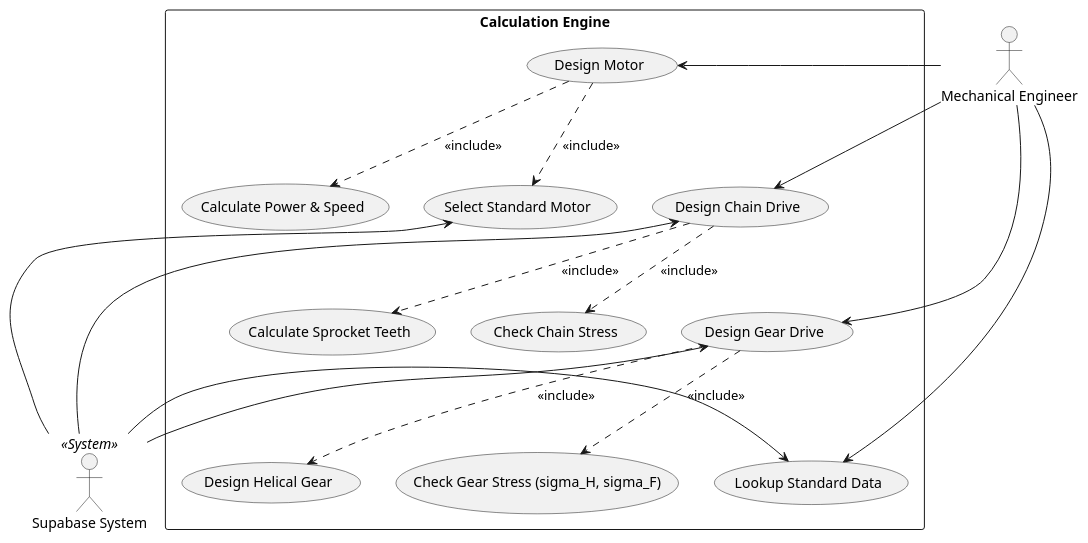
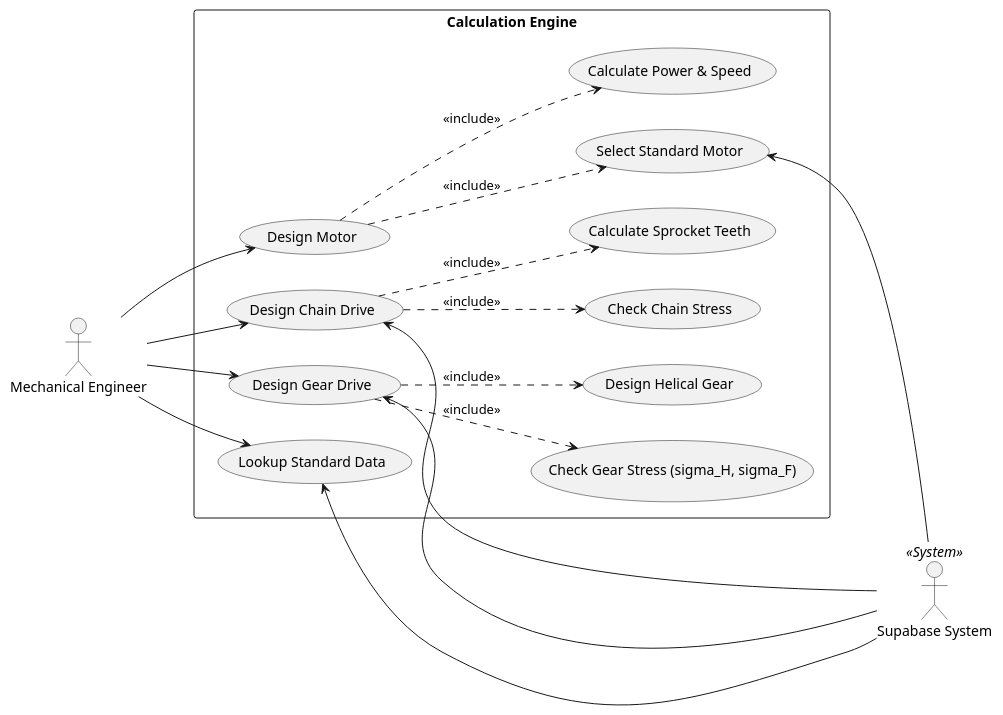
One commit to dvydinh/mechdrive changed the diagram in docs/uml/uc_calc.puml. Above: the diagram before and after it, drawn with PlantUML. The commit also changed 7 other files, not shown here.

```diff
--- a/docs/uml/uc_calc.puml
+++ b/docs/uml/uc_calc.puml
@@ -1,48 +1,43 @@
 @startuml
+left to right direction
 skinparam packageStyle rectangle
 
 actor "Mechanical Engineer" as eng
 actor "Supabase System" as db << System >>
 
-eng -[hidden]right-> db
-
 package "Calculation Engine" {
-  usecase "Design Motor" as UC1
+  together {
+    usecase "Design Motor" as UC1
+    usecase "Design Chain Drive" as UC2
+    usecase "Design Gear Drive" as UC3
+    usecase "Lookup Standard Data" as UC5
+  }
+  
   usecase "Calculate Power & Speed" as UC1_1
   usecase "Select Standard Motor" as UC1_2
-  
-  usecase "Design Chain Drive" as UC2
   usecase "Calculate Sprocket Teeth" as UC2_1
   usecase "Check Chain Stress" as UC2_2
-  
-  usecase "Design Gear Drive" as UC3
   usecase "Design Helical Gear" as UC3_2
   usecase "Check Gear Stress (sigma_H, sigma_F)" as UC3_3
-  
-  usecase "Lookup Standard Data" as UC5
 }
 
-UC1 -[hidden]down-> UC2
-UC2 -[hidden]down-> UC3
-UC3 -[hidden]down-> UC5
+eng --> UC1
+UC1 ..> UC1_1 : <<include>>
+UC1 ..> UC1_2 : <<include>>
 
-eng -right-> UC1
-UC1 .down.> UC1_1 : <<include>>
-UC1 .down.> UC1_2 : <<include>>
+eng --> UC2
+UC2 ..> UC2_1 : <<include>>
+UC2 ..> UC2_2 : <<include>>
 
-eng -right-> UC2
-UC2 .down.> UC2_1 : <<include>>
-UC2 .down.> UC2_2 : <<include>>
+eng --> UC3
+UC3 ..> UC3_2 : <<include>>
+UC3 ..> UC3_3 : <<include>>
 
-eng -right-> UC3
-UC3 .down.> UC3_2 : <<include>>
-UC3 .down.> UC3_3 : <<include>>
+eng --> UC5
 
-eng -right-> UC5
-
-db -left-> UC1_2
-db -left-> UC2
-db -left-> UC3
-db -left-> UC5
+UC1_2 <-- db
+UC2 <-- db
+UC3 <-- db
+UC5 <-- db
 
 @enduml
```
